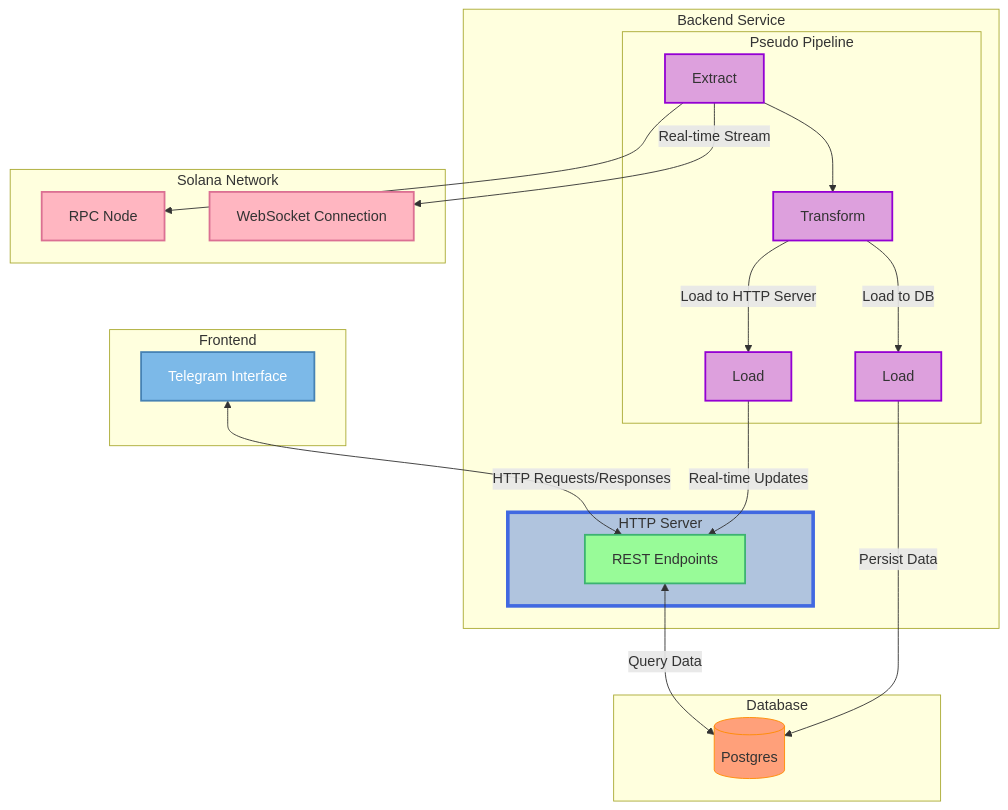
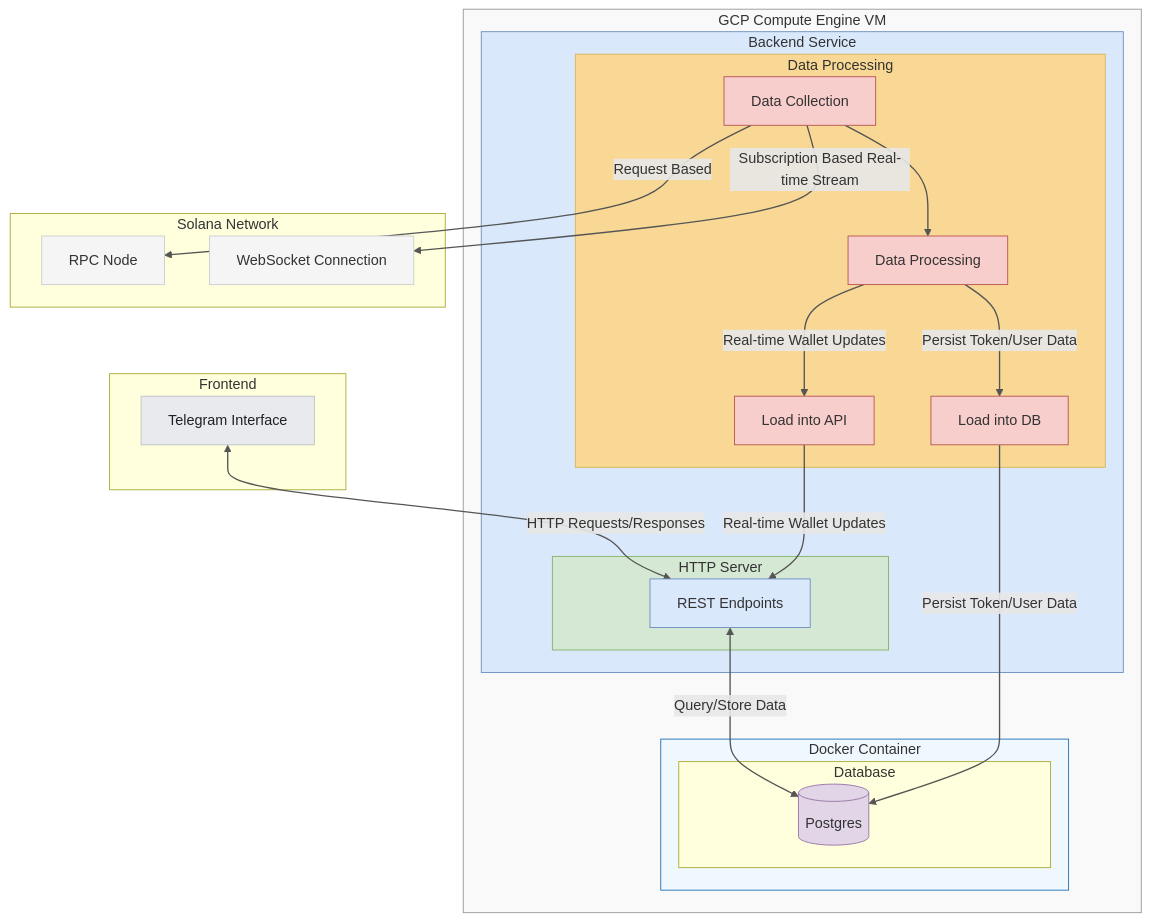
The diagram in README.md (jakobsym/aura), drawn with Mermaid before and after one commit. The commit also changed other lines of this file and 10 other files, not shown here.

Commit message:
added more documentation, and updated arch diagram which is still wip

````diff
--- a/README.md
+++ b/README.md
@@ -7,51 +7,64 @@
 ```mermaid
 flowchart TD
     subgraph UI[Frontend]
         WEB[Telegram Interface]
     end
-
-    subgraph Backend[Backend Service]
-        subgraph ETL[Pseudo Pipeline]
-            EXTRACT[Extract] --> TRANSFORM[Transform]
-            TRANSFORM --> |Load to DB| LOAD_DB[Load]
-            TRANSFORM --> |Load to HTTP Server| LOAD_HTTP[Load]
+    
+    subgraph GCP[GCP Compute Engine VM]
+        subgraph Backend[Backend Service]
+            subgraph DataProcessing[Data Processing]
+                COLLECT[Data Collection] --> PROCESS[Data Processing]
+                PROCESS --> |Persist Token/User Data| STORE_DB[Load into DB]
+                PROCESS --> |Real-time Wallet Updates| SERVE[Load into API]
+            end
+            
+            subgraph HTTP_SERVER[HTTP Server]
+                API[REST Endpoints]
+            end
         end
         
-        subgraph HTTP_SERVER[HTTP Server]
-            API[REST Endpoints]
+        subgraph Docker[Docker Container]
+            subgraph Database[Database]
+                DB[(Postgres)]
+            end
         end
     end
-
-    subgraph Database[Database]
-        DB[(Postgres)]
-    end
-
+    
     subgraph Blockchain[Solana Network]
         RPC[RPC Node]
         BC_WS[WebSocket Connection]
     end
-
+    
     %% Data Flows
     WEB <--> |HTTP Requests/Responses| API
-    API <--> |Query Data| DB
+    API <--> |Query/Store Data| DB
     
-    EXTRACT --> RPC
-    EXTRACT --> |Real-time Stream| BC_WS
-    LOAD_DB --> |Persist Data| DB
-    LOAD_HTTP --> |Real-time Updates| API
-
+    COLLECT --> |Request Based| RPC
+    COLLECT --> |Subscription Based Real-time Stream| BC_WS
+    STORE_DB --> |Persist Token/User Data| DB
+    SERVE --> |Real-time Wallet Updates| API
+    
     %% Styling
-    classDef frontend fill:#7CB9E8,stroke:#4682B4,stroke-width:2px,color:white
-    classDef backend fill:#98FB98,stroke:#3CB371,stroke-width:2px,color:#333
-    classDef blockchain fill:#FFB6C1,stroke:#DB7093,stroke-width:2px,color:#333
-    classDef database fill:#FFA07A,stroke:#FF8C00,stroke-width:1px,color:#333
-    classDef etl fill:#DDA0DD,stroke:#9400D3,stroke-width:2px,color:#333
-    classDef server fill:#B0C4DE,stroke:#4169E1,stroke-width:4px,color:#333
-
+    classDef frontend fill:#E8EAED,stroke:#BDC1C6,stroke-width:1px,color:#202124
+    classDef backend fill:#DAE8FC,stroke:#6C8EBF,stroke-width:1px,color:#333
+    classDef blockchain fill:#F5F5F5,stroke:#CCCCCC,stroke-width:1px,color:#333
+    classDef database fill:#E1D5E7,stroke:#9673A6,stroke-width:1px,color:#333
+    classDef dataProcessingService fill:#f8d894,stroke:#D6B656,stroke-width:1px,color:#333
+    classDef processSteps fill:#F8CECC,stroke:#B85450,stroke-width:1px,color:#333
+    classDef server fill:#D5E8D4,stroke:#82B366,stroke-width:1px,color:#333
+    classDef gcp fill:#F9F9F9,stroke:#999999,stroke-width:1px,color:#333
+    classDef docker fill:#F0F8FF,stroke:#1D70B8,stroke-width:1px,color:#333
+    
     class WEB frontend
-    class API backend
+    class API,Backend backend
     class HTTP_SERVER server
-    class EXTRACT,TRANSFORM,LOAD_DB,LOAD_HTTP etl
+    class DataProcessing dataProcessingService
+    class COLLECT,PROCESS,STORE_DB,SERVE processSteps
     class RPC,BC_WS blockchain
     class DB database
+    class GCP gcp
+    class Docker docker
+    
+    %% Make arrow lines darker
+    linkStyle default stroke:#555555,stroke-width:1.5px
 ```
````
